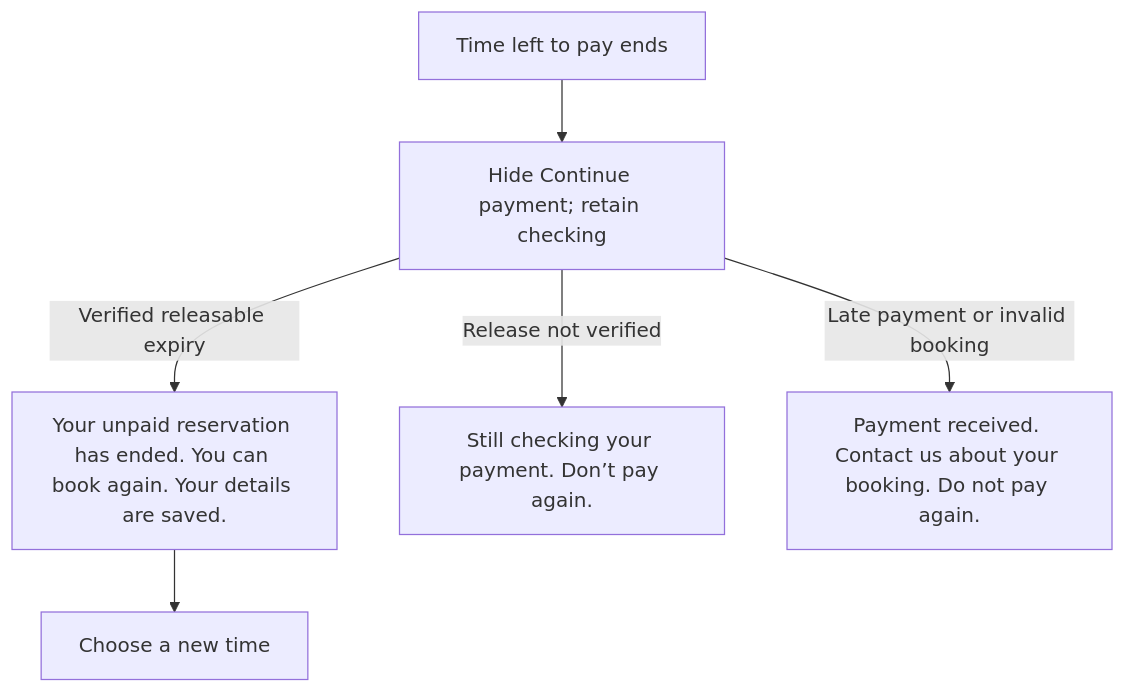
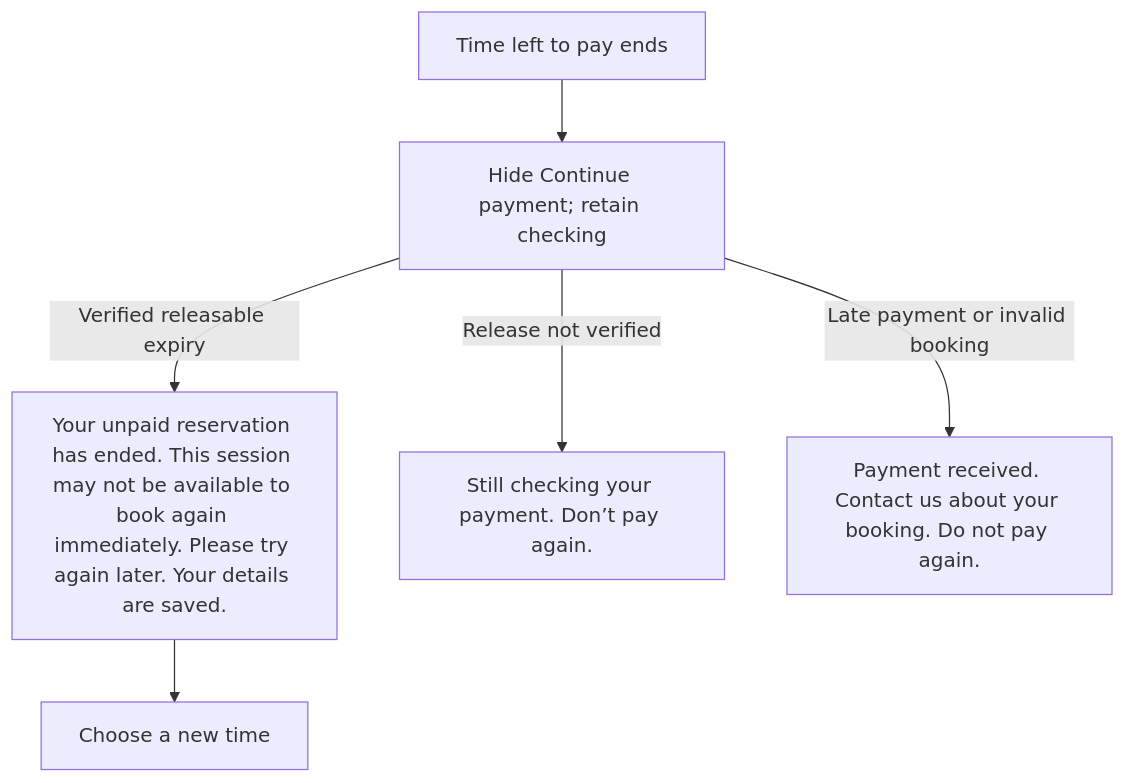
Before and after one commit to soccerbotstudiosg/soccerbotstudioSG: diagram 13 of 19 in docs/booking-flows.md, drawn with Mermaid. The commit also changed other lines of this file and 6 other files, not shown here.

````diff
--- a/docs/booking-flows.md
+++ b/docs/booking-flows.md
@@ -189,8 +189,8 @@
 ```mermaid
 flowchart TD
   A["Time left to pay ends"] --> B["Hide Continue payment; retain checking"]
-  B -->|Verified releasable expiry| C["Your unpaid reservation has ended. You can book again. Your details are saved."]
+  B -->|Verified releasable expiry| C["Your unpaid reservation has ended. This session may not be available to book again immediately. Please try again later. Your details are saved."]
   B -->|Release not verified| D["Still checking your payment. Don’t pay again."]
   B -->|Late payment or invalid booking| E["Payment received. Contact us about your booking. Do not pay again."]
   C --> F["Choose a new time"]
 ```
````
